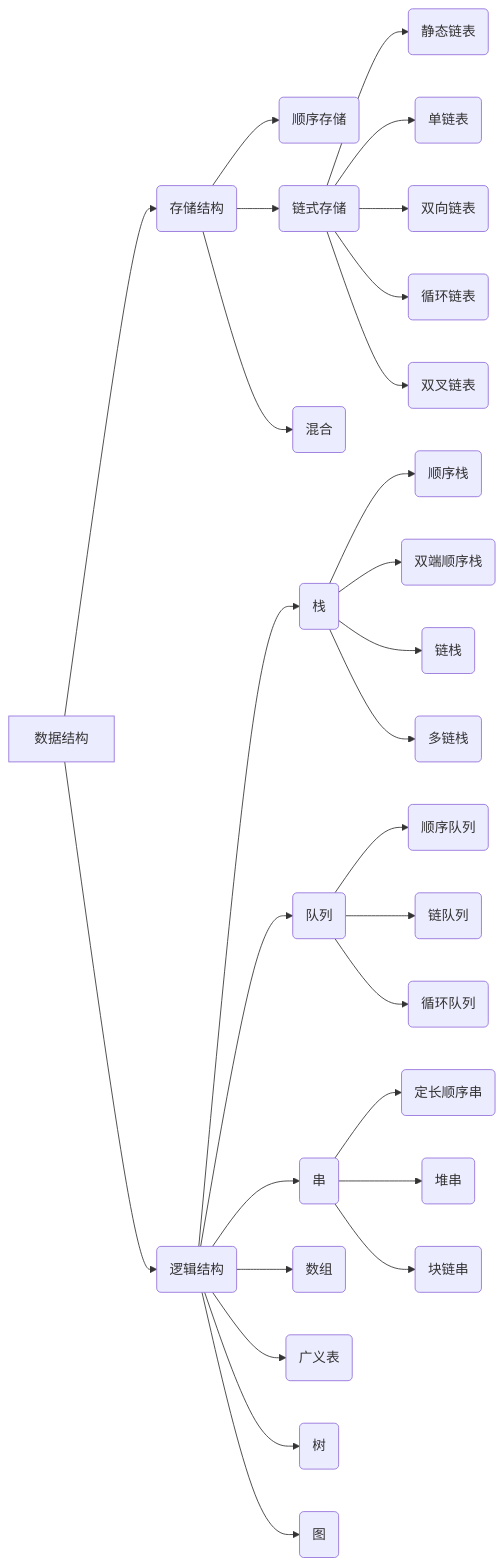
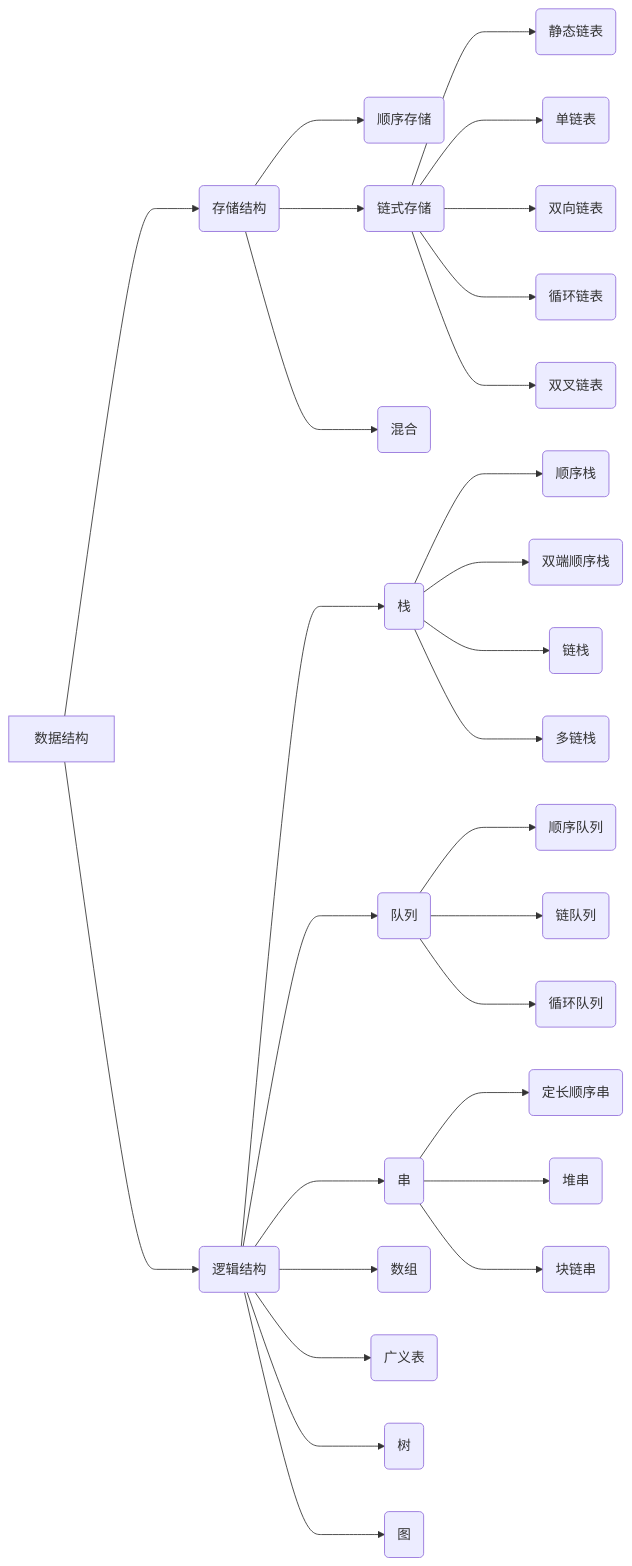
Before and after one commit to mumu176/learnc: the diagram in md/Data Struct .md, drawn with Mermaid. The commit also changed other lines of this file, not shown here.

Commit message:
modified:   md/Data Struct .md

````diff
--- a/md/Data Struct .md
+++ b/md/Data Struct .md
@@ -5,38 +5,38 @@
 ```mermaid
 graph LR
 A[数据结构]
-A-->B1(存储结构)
-A-->B2(逻辑结构)
+A--->B1(存储结构)
+A--->B2(逻辑结构)
 
-B1-->B11(顺序存储)
-B1-->B12(链式存储)
-B1-->B13(混合)
-B2-->B21(栈)
-B2-->B22(队列)
-B2-->B23(串)
-B2-->B24(数组)
-B2-->B25(广义表)
-B2-->B26(树)
-B2-->B27(图)
+B1--->B11(顺序存储)
+B1--->B12(链式存储)
+B1--->B13(混合)
+B2--->B21(栈)
+B2--->B22(队列)
+B2--->B23(串)
+B2--->B24(数组)
+B2--->B25(广义表)
+B2--->B26(树)
+B2--->B27(图)
 
-B12-->B120(静态链表)
-B12-->B121(单链表)
-B12-->B122(双向链表)
-B12-->B123(循环链表)
-B12-->B124(双叉链表)
+B12--->B120(静态链表)
+B12--->B121(单链表)
+B12--->B122(双向链表)
+B12--->B123(循环链表)
+B12--->B124(双叉链表)
 
-B21-->B211(顺序栈)
-B21-->B212(双端顺序栈)
-B21-->B213(链栈)
-B21-->B214(多链栈)
+B21--->B211(顺序栈)
+B21--->B212(双端顺序栈)
+B21--->B213(链栈)
+B21--->B214(多链栈)
 
-B22-->B221(顺序队列)
-B22-->B222(链队列)
-B22-->B223(循环队列)
+B22--->B221(顺序队列)
+B22--->B222(链队列)
+B22--->B223(循环队列)
 
-B23-->B231(定长顺序串)
-B23-->B232(堆串)
-B23-->B233(块链串)
+B23--->B231(定长顺序串)
+B23--->B232(堆串)
+B23--->B233(块链串)
 
 
 ```
````
